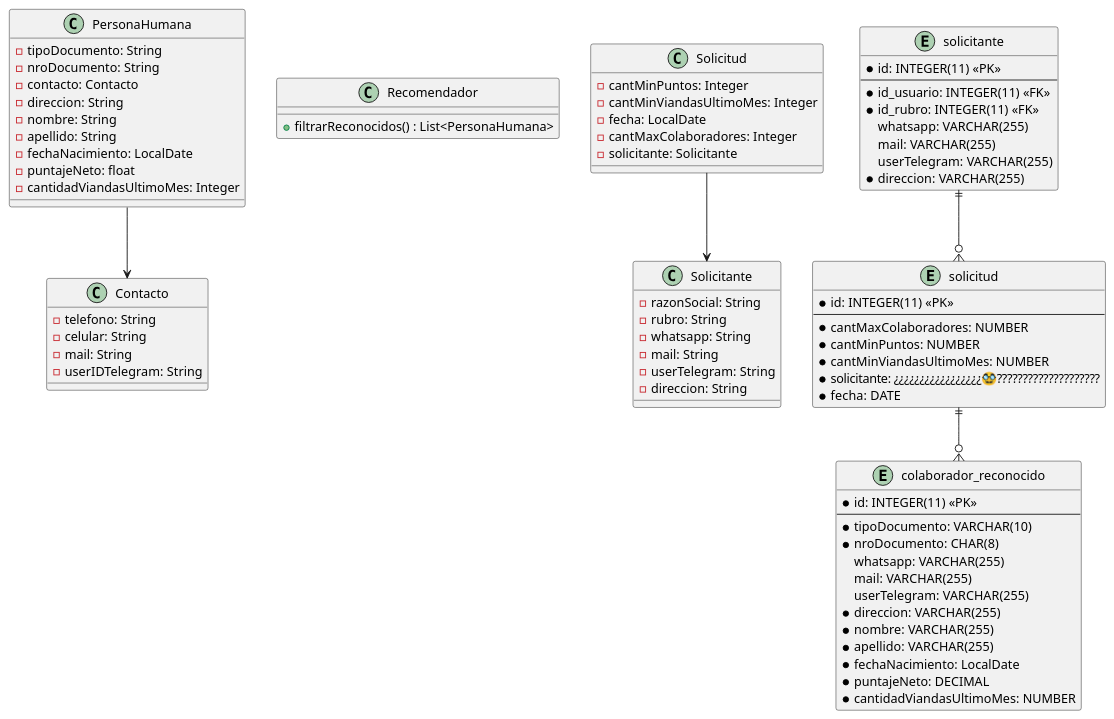
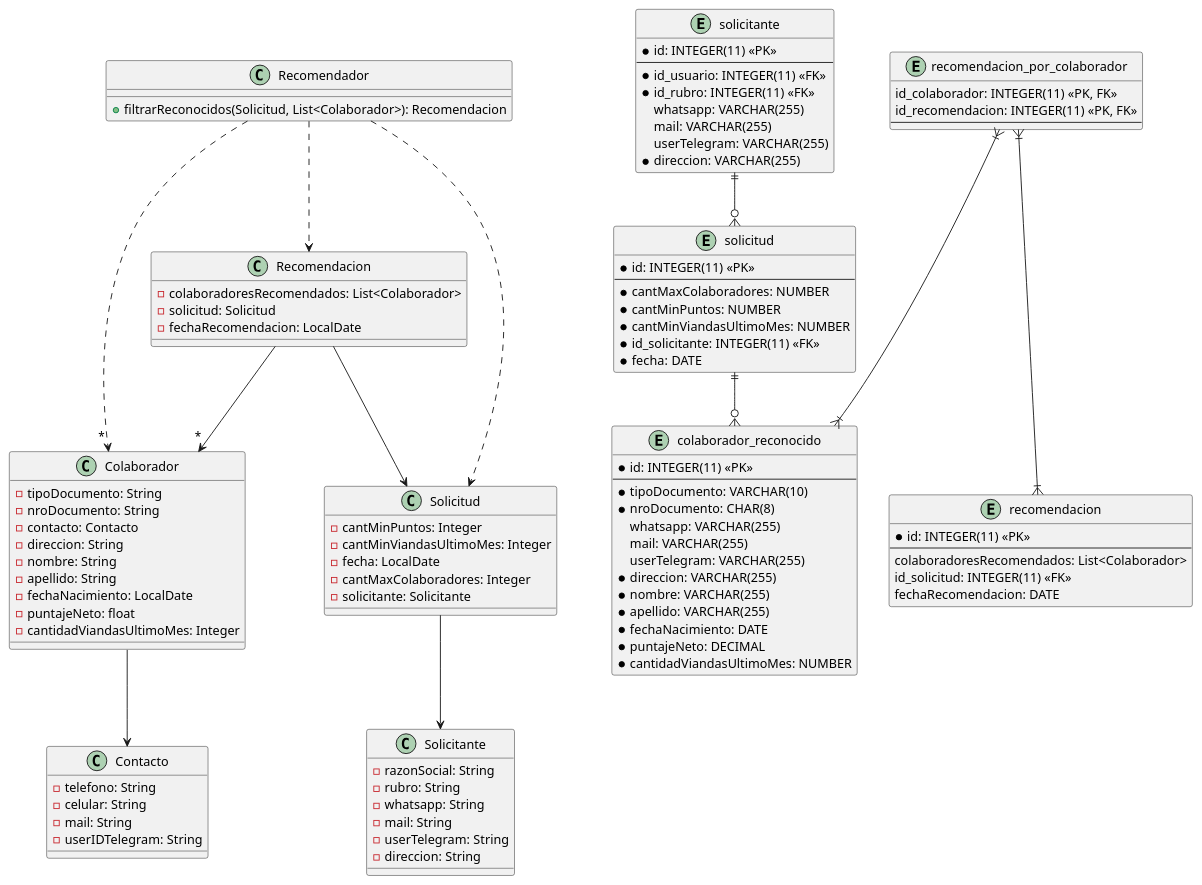
Before and after one commit to eitan-wajsberg/servicio-reconocimiento-extra: the diagram in diagramas/diagramaDeClases.puml, drawn with PlantUML. The commit also changed 1 other file, not shown here.

Commit message:
documentos: diagrama de clases y DER

```diff
--- a/diagramas/diagramaDeClases.puml
+++ b/diagramas/diagramaDeClases.puml
@@ -1,89 +1,119 @@
 @startuml diagramaDeClases
 
-class PersonaHumana {
+class Colaborador {
  - tipoDocumento: String
  - nroDocumento: String
  - contacto: Contacto
  - direccion: String
  - nombre: String
  - apellido: String
  - fechaNacimiento: LocalDate
  - puntajeNeto: float
  - cantidadViandasUltimoMes: Integer
 }
 
 class Contacto {
  - telefono: String
  - celular: String
  - mail: String
  - userIDTelegram: String
 }
 
-PersonaHumana --> Contacto
+Colaborador --> Contacto
 
-class Recomendador{
-    + filtrarReconocidos() : List<PersonaHumana>
+class Recomendador {
+ + filtrarReconocidos(Solicitud, List<Colaborador>): Recomendacion
 }
 
+Recomendador ..> " * " Colaborador
+Recomendador ..> Solicitud
+Recomendador ..> Recomendacion
+
+class Recomendacion {
+ - colaboradoresRecomendados: List<Colaborador>
+ - solicitud: Solicitud
+ - fechaRecomendacion: LocalDate
+}
+
+Recomendacion --> Solicitud
+Recomendacion --> " * " Colaborador
+
 class Solicitud {
-    - cantMinPuntos: Integer
-    - cantMinViandasUltimoMes: Integer
-    - fecha: LocalDate
-    - cantMaxColaboradores: Integer
-    - solicitante: Solicitante 
+ - cantMinPuntos: Integer
+ - cantMinViandasUltimoMes: Integer
+ - fecha: LocalDate
+ - cantMaxColaboradores: Integer
+ - solicitante: Solicitante 
 }
 
 class Solicitante {
  - razonSocial: String
  - rubro: String
  - whatsapp: String
  - mail: String
  - userTelegram: String
  - direccion: String
 }
 
 Solicitud --> Solicitante
 
 '-----------------------------------------------------------------------'
 
 entity colaborador_reconocido {
  * id: INTEGER(11) <<PK>>
  --
  * tipoDocumento: VARCHAR(10)
  * nroDocumento: CHAR(8)
  whatsapp: VARCHAR(255)
  mail: VARCHAR(255)
  userTelegram: VARCHAR(255)
  * direccion: VARCHAR(255)
  * nombre: VARCHAR(255)
  * apellido: VARCHAR(255)
- * fechaNacimiento: LocalDate
+ * fechaNacimiento: DATE
  * puntajeNeto: DECIMAL
  * cantidadViandasUltimoMes: NUMBER
 }
 
 entity solicitud {
  * id: INTEGER(11) <<PK>>
  --
  * cantMaxColaboradores: NUMBER
  * cantMinPuntos: NUMBER
  * cantMinViandasUltimoMes: NUMBER
- * solicitante: ¿¿¿¿¿¿¿¿¿¿¿¿¿¿¿¿¿🥸????????????????????
+ * id_solicitante: INTEGER(11) <<FK>>
  * fecha: DATE
 }
 
 entity solicitante {
  * id: INTEGER(11) <<PK>>
  --
  * id_usuario: INTEGER(11) <<FK>>
  * id_rubro: INTEGER(11) <<FK>>
  whatsapp: VARCHAR(255)
  mail: VARCHAR(255)
  userTelegram: VARCHAR(255)
  * direccion: VARCHAR(255)
 }
 
-solicitud   ||--o{colaborador_reconocido
+entity recomendacion {
+ * id: INTEGER(11) <<PK>>
+ --
+ colaboradoresRecomendados: List<Colaborador>
+ id_solicitud: INTEGER(11) <<FK>>
+ fechaRecomendacion: DATE
+}
+
+entity recomendacion_por_colaborador {
+    id_colaborador: INTEGER(11) <<PK, FK>> 
+    id_recomendacion: INTEGER(11) <<PK, FK>> 
+    --
+}
+
+recomendacion_por_colaborador }|---|{ colaborador_reconocido
+recomendacion_por_colaborador }|---|{ recomendacion
+
+solicitud   ||--o{ colaborador_reconocido
 solicitante ||--o{ solicitud
 
 @enduml
```
